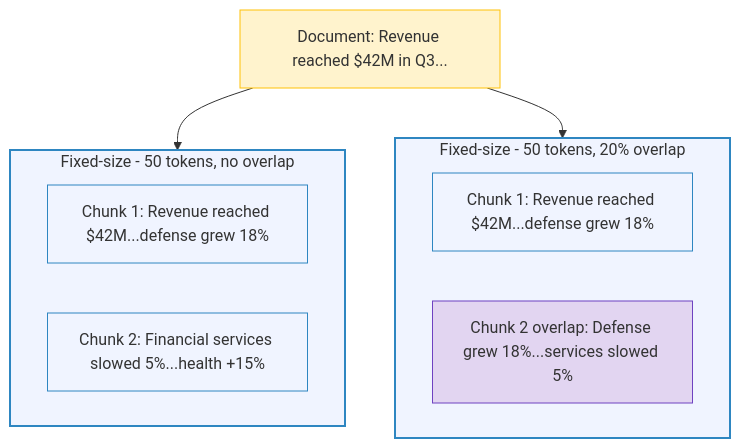
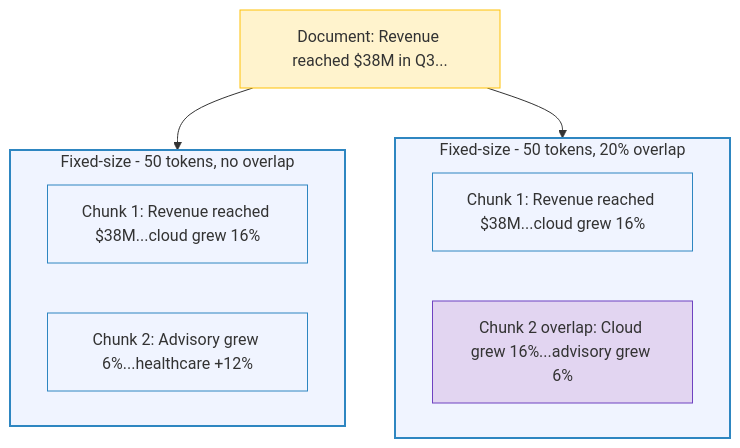
Before and after one commit to ithinktavo/GenAI-Engineering-Handbook: the second of 10 diagrams in docs/04-rag-deep-dive.md, drawn with Mermaid. The commit also changed other lines of this file and 16 other files, not shown here.

````diff
--- a/docs/04-rag-deep-dive.md
+++ b/docs/04-rag-deep-dive.md
@@ -95,25 +95,25 @@
 ```mermaid
 graph TD
-    DOC["Document: Revenue reached $42M in Q3..."]
+    DOC["Document: Revenue reached $38M in Q3..."]
 
     subgraph NO_OL["Fixed-size - 50 tokens, no overlap"]
-        A1["Chunk 1: Revenue reached $42M...defense grew 18%"]
-        A2["Chunk 2: Financial services slowed 5%...health +15%"]
+        A1["Chunk 1: Revenue reached $38M...cloud grew 16%"]
+        A2["Chunk 2: Advisory grew 6%...healthcare +12%"]
     end
 
     subgraph OL["Fixed-size - 50 tokens, 20% overlap"]
-        B1["Chunk 1: Revenue reached $42M...defense grew 18%"]
-        B2["Chunk 2 overlap: Defense grew 18%...services slowed 5%"]
+        B1["Chunk 1: Revenue reached $38M...cloud grew 16%"]
+        B2["Chunk 2 overlap: Cloud grew 16%...advisory grew 6%"]
     end
 
     DOC --> NO_OL
     DOC --> OL
 
     style DOC fill:#fff3cd,stroke:#ffc107,color:#333
     style NO_OL fill:#f0f4ff,stroke:#2E86C1,stroke-width:2px,color:#333
     style OL fill:#f0f4ff,stroke:#2E86C1,stroke-width:2px,color:#333
     style A1 fill:#f0f4ff,stroke:#2E86C1,color:#333
     style A2 fill:#f0f4ff,stroke:#2E86C1,color:#333
     style B1 fill:#f0f4ff,stroke:#2E86C1,color:#333
     style B2 fill:#e2d5f1,stroke:#6f42c1,color:#333
 ```
````
